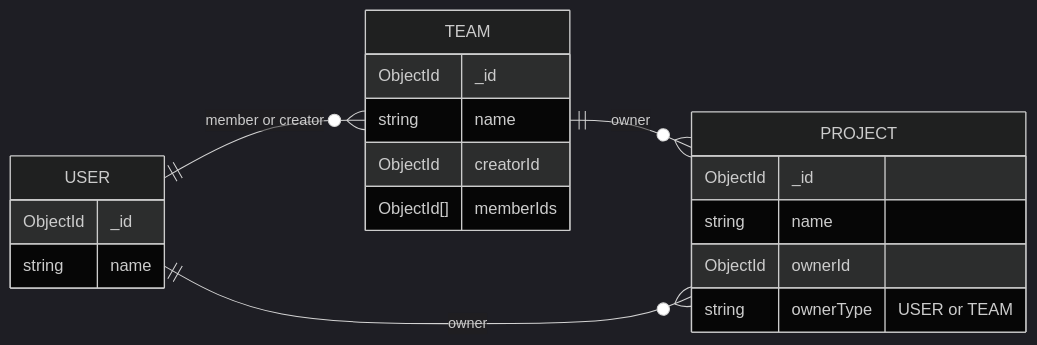
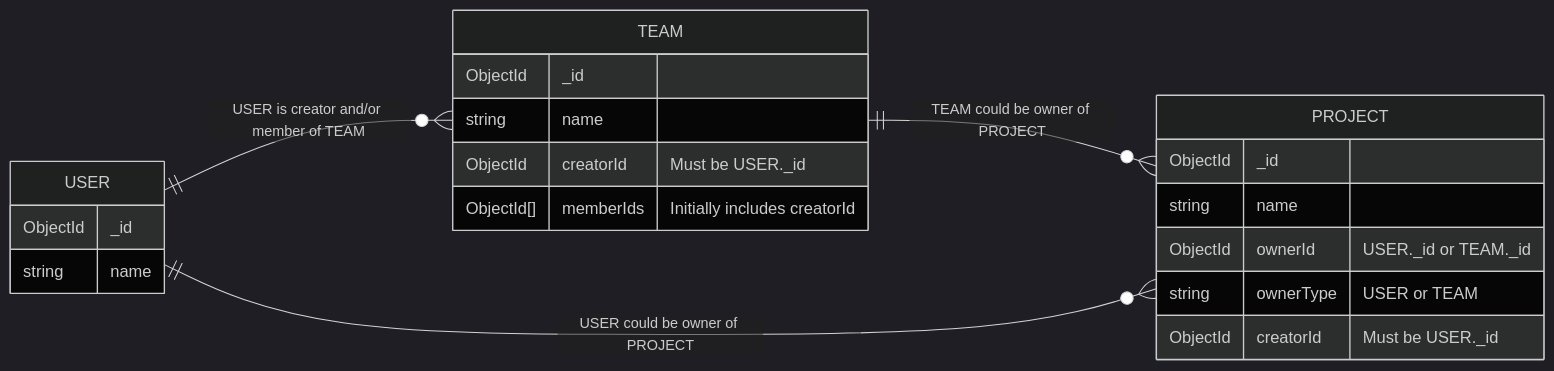
One commit to Cierra-Runis/caduceus changed the diagram in docs/Database Schema.md. Above: the diagram before and after it, drawn with Mermaid (dark theme). The commit also changed other lines of this file and 3 other files, not shown here.

Commit message:
feat: Update database schema and models to include creator_id for projects and enhance documentation

````diff
--- a/docs/Database Schema.md
+++ b/docs/Database Schema.md
@@ -8,26 +8,27 @@
 ```mermaid
 erDiagram
   direction LR
-  USER ||--o{ TEAM : "member or creator"
-  TEAM ||--o{ PROJECT : "owner"
-  USER ||--o{ PROJECT : "owner"
+  USER ||--o{ TEAM : "USER is creator and/or member of TEAM"
+  TEAM ||--o{ PROJECT : "TEAM could be owner of PROJECT"
+  USER ||--o{ PROJECT : "USER could be owner of PROJECT"
 
   USER {
     ObjectId _id
     string name
   }
 
   TEAM {
     ObjectId _id
     string name
-    ObjectId creatorId
-    ObjectId[] memberIds
+    ObjectId creatorId "Must be USER._id"
+    ObjectId[] memberIds "Initially includes creatorId"
   }
 
   PROJECT {
     ObjectId _id
     string name
-    ObjectId ownerId
+    ObjectId ownerId "USER._id or TEAM._id"
     string ownerType "USER or TEAM"
+    ObjectId creatorId "Must be USER._id"
   }
 ```
````
